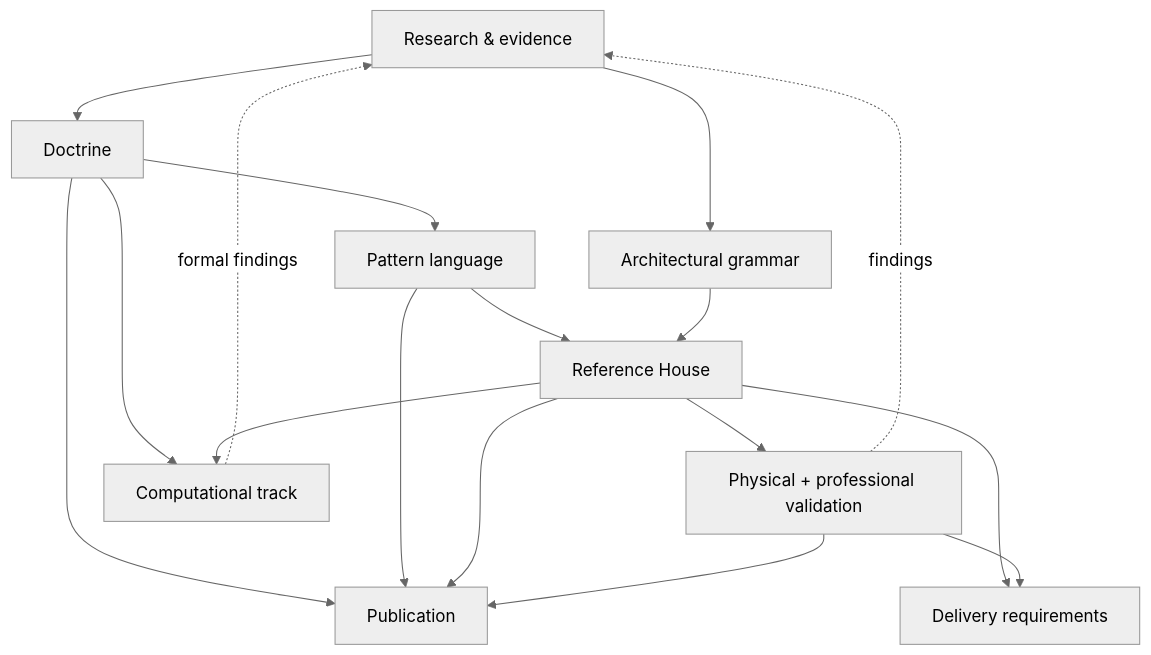
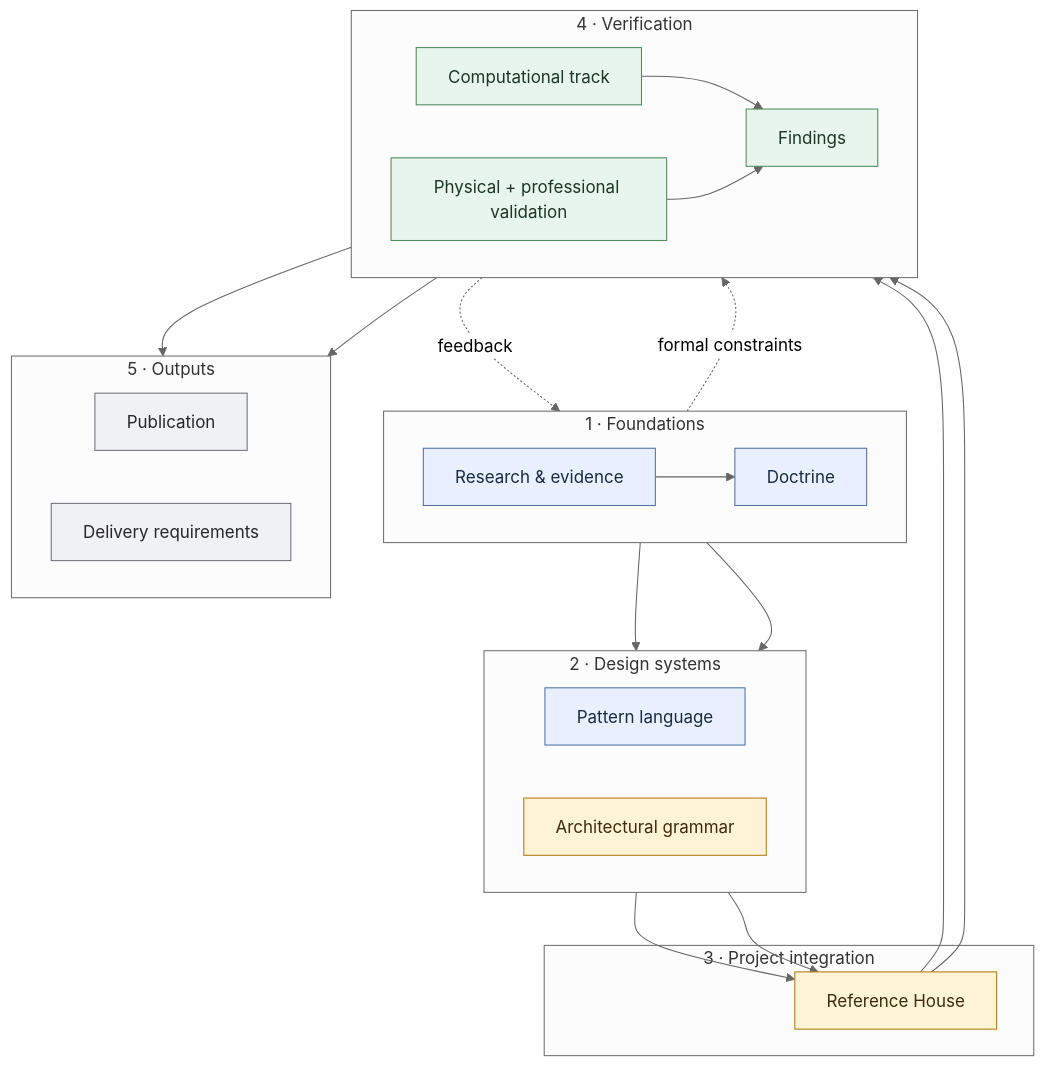
One commit to adamnoden/architecture changed the diagram in README.md. Above: the diagram before and after it, drawn with Mermaid (neutral theme). The commit also changed other lines of this file, not shown here.

Commit message:
Clarify project map hierarchy and visual roles

````diff
--- a/README.md
+++ b/README.md
@@ -13,23 +13,52 @@
 ```mermaid
 flowchart TB
-    E["Research & evidence"] --> D["Doctrine"]
-    E --> G["Architectural grammar"]
-    D --> P["Pattern language"]
-    P --> RH["Reference House"]
+    subgraph S1["1 · Foundations"]
+        direction LR
+        E["Research & evidence"] --> D["Doctrine"]
+    end
+
+    subgraph S2["2 · Design systems"]
+        direction LR
+        P["Pattern language"]
+        G["Architectural grammar"]
+    end
+
+    subgraph S3["3 · Project integration"]
+        RH["Reference House"]
+    end
+
+    subgraph S4["4 · Verification"]
+        direction LR
+        C["Computational track"] --> F["Findings"]
+        V["Physical + professional validation"] --> F
+    end
+
+    subgraph S5["5 · Outputs"]
+        direction LR
+        PUB["Publication"]
+        DEL["Delivery requirements"]
+    end
+
+    D --> P
+    E --> G
+    P --> RH
     G --> RH
 
-    RH --> V["Physical + professional validation"]
-    V -. "findings" .-> E
+    D -. "formal constraints" .-> C
+    RH --> C
+    RH --> V
 
-    D --> C["Computational track"]
-    RH --> C
-    C -. "formal findings" .-> E
+    F -. "feedback" .-> E
+    F --> PUB
+    F --> DEL
 
-    D --> PUB["Publication"]
-    P --> PUB
-    RH --> PUB
-    V --> PUB
+    classDef hsa fill:#E8F0FF,stroke:#5271A8,color:#1B2A41
+    classDef project fill:#FFF3D6,stroke:#B57A14,color:#3D2B0B
+    classDef validation fill:#E8F5EC,stroke:#4E8B60,color:#1D3625
+    classDef output fill:#F0F1F3,stroke:#71717A,color:#27272A
 
-    RH --> DEL["Delivery requirements"]
-    V --> DEL
+    class E,D,P hsa
+    class G,RH project
+    class C,V,F validation
+    class PUB,DEL output
 ```
````
